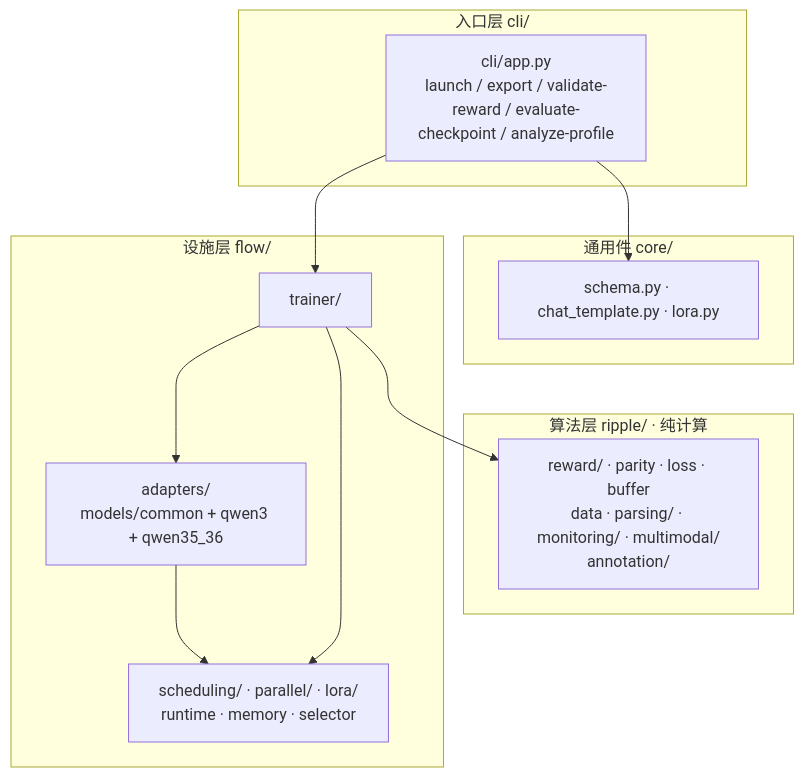
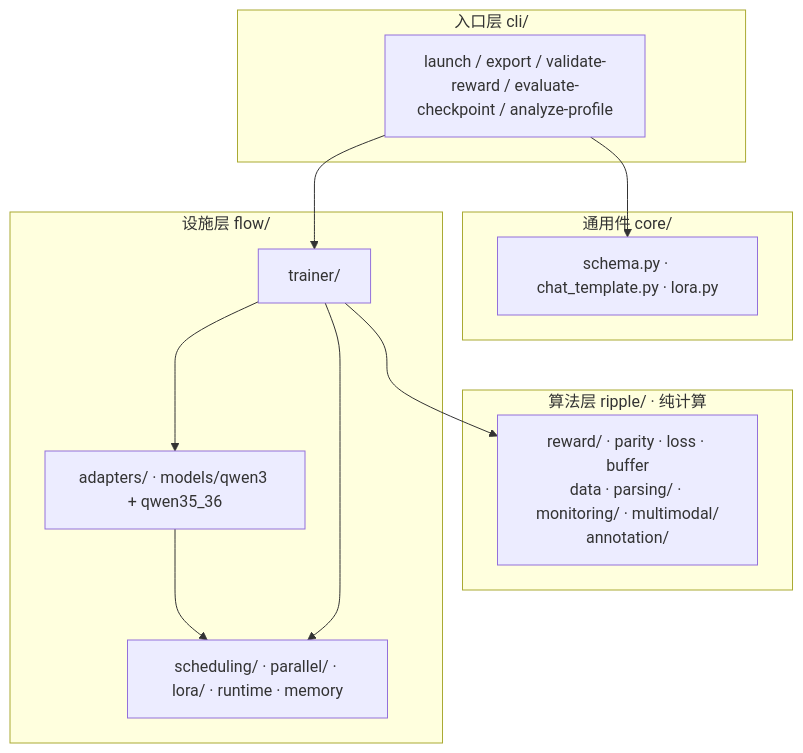
Before and after one commit to godthrone/graspo: the first of 3 diagrams in docs/architecture.md, drawn with Mermaid. The commit also changed other lines of this file and 7 other files, not shown here.

First line of the commit message:
docs: restructure to 3-file architecture docs aligned with code architecture

````diff
--- a/docs/architecture.md
+++ b/docs/architecture.md
@@ -13,23 +19,23 @@
 ```mermaid
 flowchart TB
-    subgraph L0 ["入口层 cli/"]
-        CLI["cli/app.py<br/>launch / export / validate-reward / evaluate-checkpoint / analyze-profile"]
+    subgraph L0["入口层 cli/"]
+        CLI["launch / export / validate-reward / evaluate-checkpoint / analyze-profile"]
     end
-    subgraph L1 ["算法层 ripple/ · 纯计算"]
+    subgraph L1["算法层 ripple/ · 纯计算"]
         R["reward/ · parity · loss · buffer<br/>data · parsing/ · monitoring/ · multimodal/<br/>annotation/"]
     end
-    subgraph L2 ["通用件 core/"]
+    subgraph L2["通用件 core/"]
         C["schema.py · chat_template.py · lora.py"]
     end
-    subgraph L3 ["设施层 flow/"]
+    subgraph L3["设施层 flow/"]
         T["trainer/"]
-        A["adapters/<br/>models/common + qwen3 + qwen35_36"]
-        S["scheduling/ · parallel/ · lora/<br/>runtime · memory · selector"]
+        A["adapters/ · models/qwen3 + qwen35_36"]
+        S["scheduling/ · parallel/ · lora/ · runtime · memory"]
     end
     CLI --> C
     CLI --> T
     T --> R
     T --> A
     A --> S
     T --> S
 ```
````
